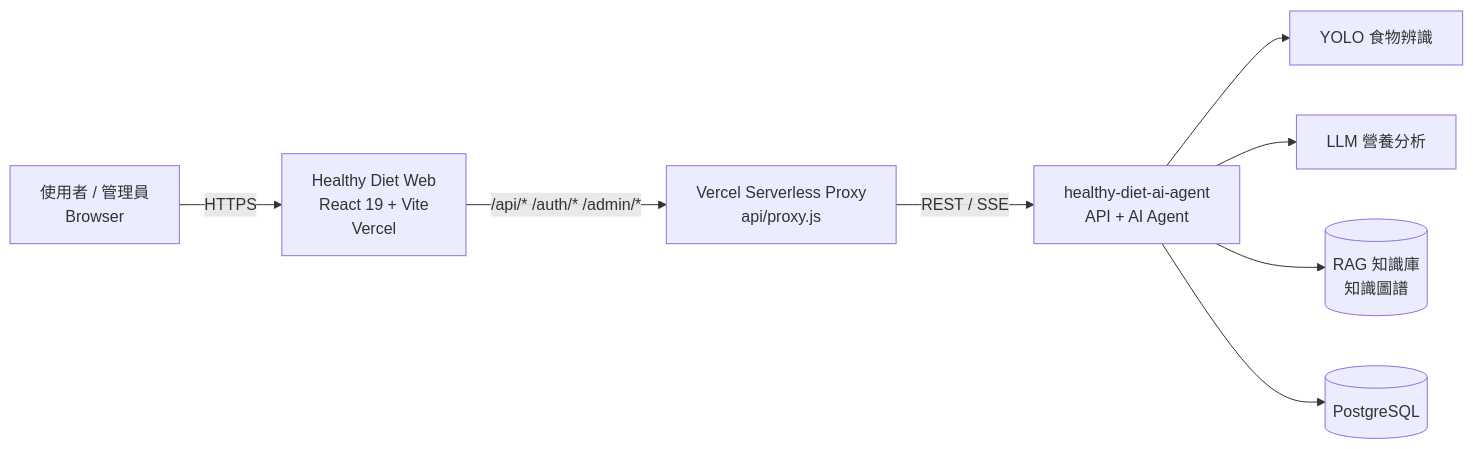
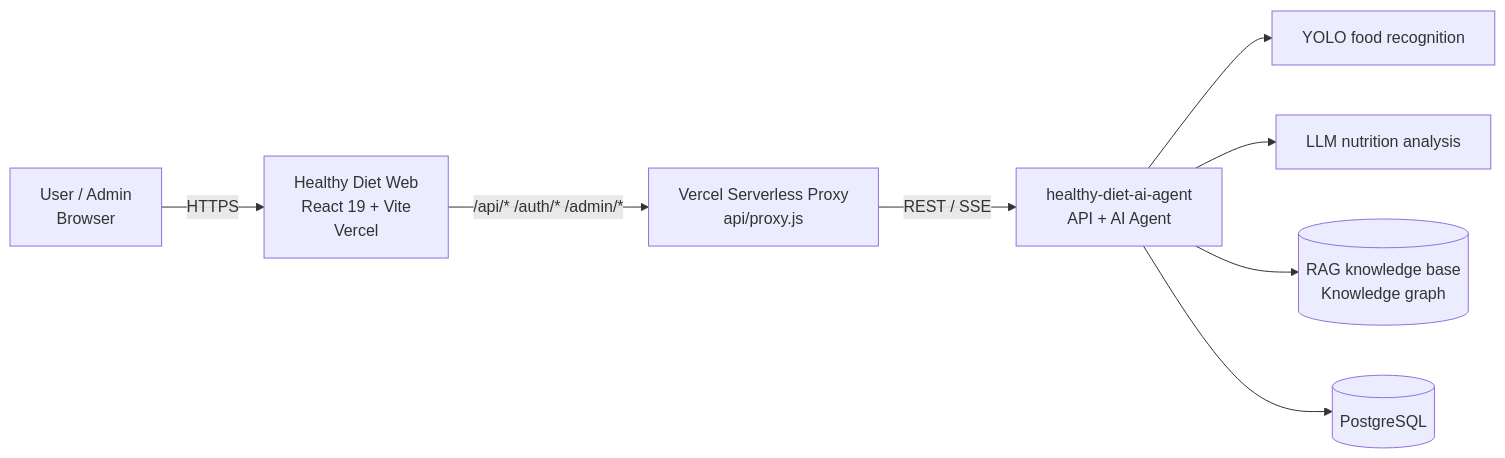
One commit to archie0732/healthy-diet-web changed the diagram in README.md. Above: the diagram before and after it, drawn with Mermaid. The commit also changed other lines of this file and 1 other file, not shown here.

````diff
--- a/README.md
+++ b/README.md
@@ -80,10 +83,10 @@
 ```mermaid
 flowchart LR
-    U[使用者 / 管理員<br/>Browser] -->|HTTPS| W[Healthy Diet Web<br/>React 19 + Vite<br/>Vercel]
+    U[User / Admin<br/>Browser] -->|HTTPS| W[Healthy Diet Web<br/>React 19 + Vite<br/>Vercel]
     W -->|/api/*  /auth/*  /admin/*| P[Vercel Serverless Proxy<br/>api/proxy.js]
     P -->|REST / SSE| A[healthy-diet-ai-agent<br/>API + AI Agent]
-    A --> Y[YOLO 食物辨識]
-    A --> L[LLM 營養分析]
-    A --> R[(RAG 知識庫<br/>知識圖譜)]
+    A --> Y[YOLO food recognition]
+    A --> L[LLM nutrition analysis]
+    A --> R[(RAG knowledge base<br/>Knowledge graph)]
     A --> D[(PostgreSQL)]
 ```
````
